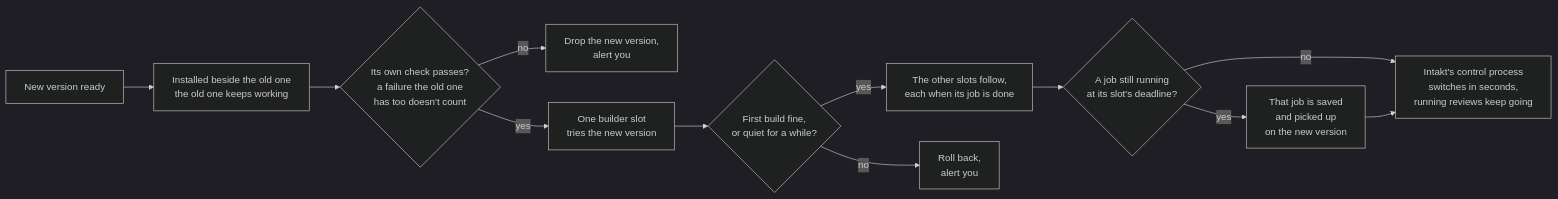
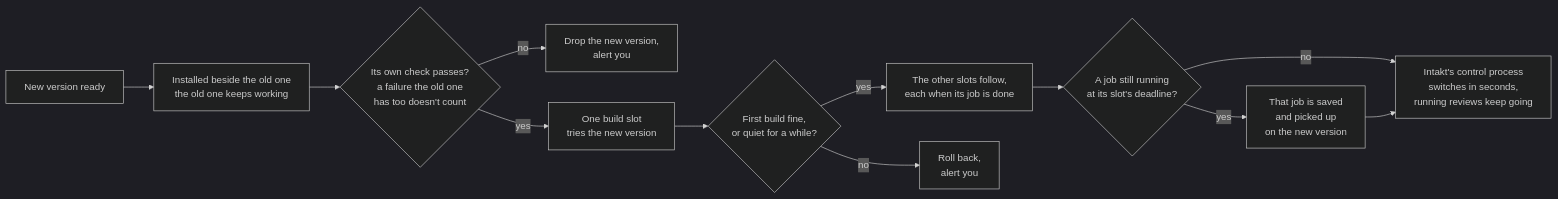
One commit to shinyredapples/intakt changed the fourth of 4 diagrams in docs/guide/the-engine-room.md. Above: the diagram before and after it, drawn with Mermaid (dark theme). The commit also changed other lines of this file and 22 other files, not shown here.

````diff
--- a/docs/guide/the-engine-room.md
+++ b/docs/guide/the-engine-room.md
@@ -134,14 +134,14 @@
 ```mermaid
 flowchart LR
   a[New version ready] --> b[Installed beside the old one<br/>the old one keeps working]
   b --> c{Its own check passes?<br/>a failure the old one<br/>has too doesn't count}
   c -- no --> g[Drop the new version,<br/>alert you]
-  c -- yes --> d[One builder slot<br/>tries the new version]
+  c -- yes --> d[One build slot<br/>tries the new version]
   d --> e{First build fine,<br/>or quiet for a while?}
   e -- yes --> f[The other slots follow,<br/>each when its job is done]
   e -- no --> h[Roll back,<br/>alert you]
   f --> k{A job still running<br/>at its slot's deadline?}
   k -- yes --> i[That job is saved<br/>and picked up<br/>on the new version]
   k -- no --> j[Intakt's control process<br/>switches in seconds,<br/>running reviews keep going]
   i --> j
 ```
````
